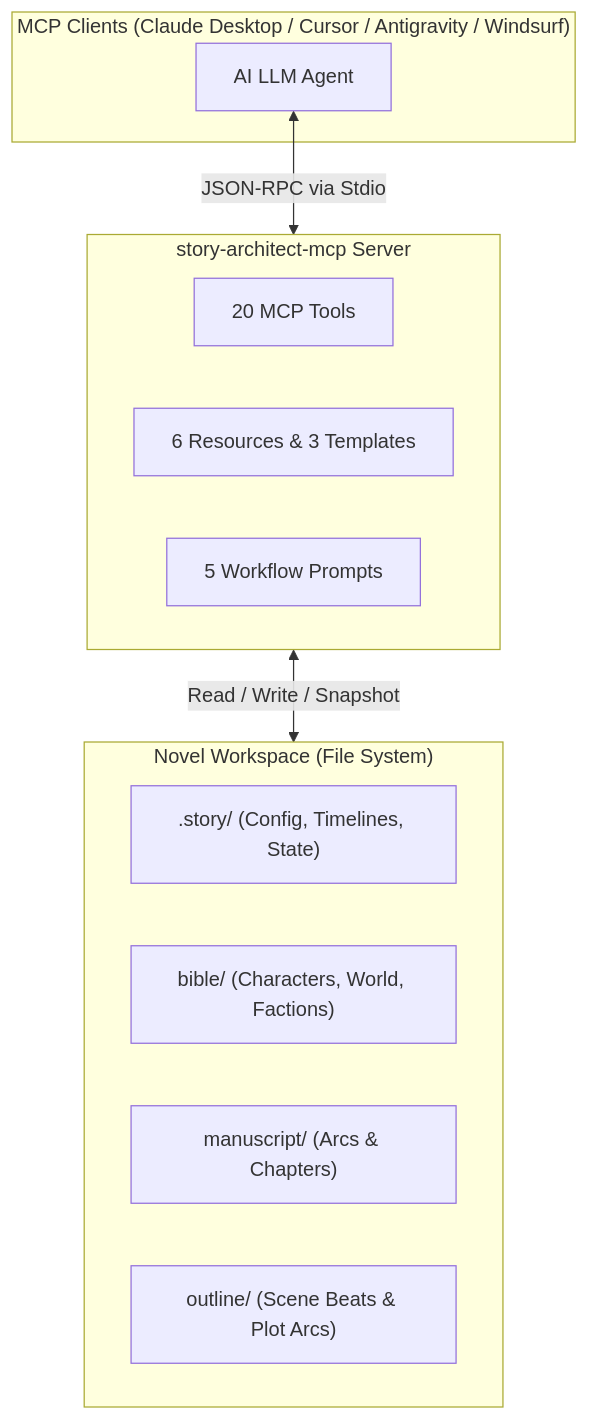
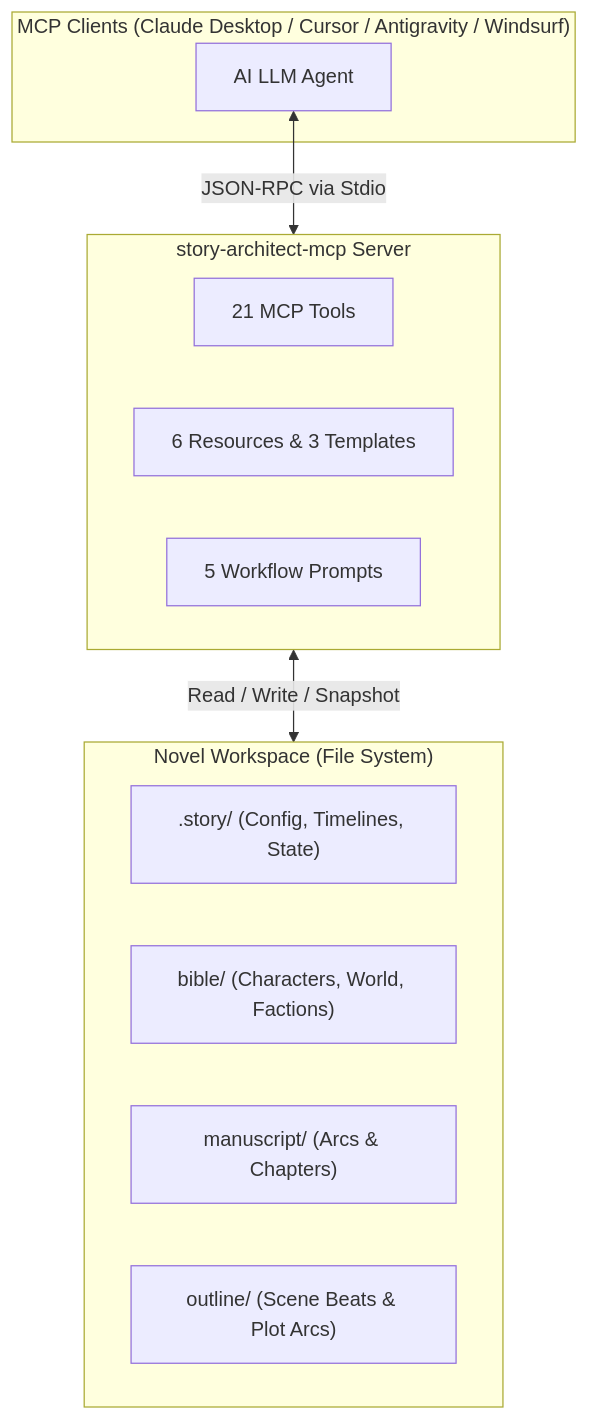
Before and after one commit to PTCuong-1102/story-architect-mcp: the diagram in README.md, drawn with Mermaid. The commit also changed other lines of this file and 31 other files, not shown here.

First line of the commit message:
feat: complete tool suite with fixes, knowledge graph, multi-format export, and tests

````diff
--- a/README.md
+++ b/README.md
@@ -24,22 +24,22 @@
 ```mermaid
 flowchart TD
     subgraph Client["MCP Clients (Claude Desktop / Cursor / Antigravity / Windsurf)"]
         AI["AI LLM Agent"]
     end
 
     subgraph MCP["story-architect-mcp Server"]
-        Tools["20 MCP Tools"]
+        Tools["21 MCP Tools"]
         Res["6 Resources & 3 Templates"]
         Prompts["5 Workflow Prompts"]
     end
 
     subgraph Storage["Novel Workspace (File System)"]
         StoryMeta[".story/ (Config, Timelines, State)"]
         Bible["bible/ (Characters, World, Factions)"]
         Manuscript["manuscript/ (Arcs & Chapters)"]
         Outline["outline/ (Scene Beats & Plot Arcs)"]
     end
 
     AI <-->|JSON-RPC via Stdio| MCP
     MCP <-->|Read / Write / Snapshot| Storage
 ```
````
